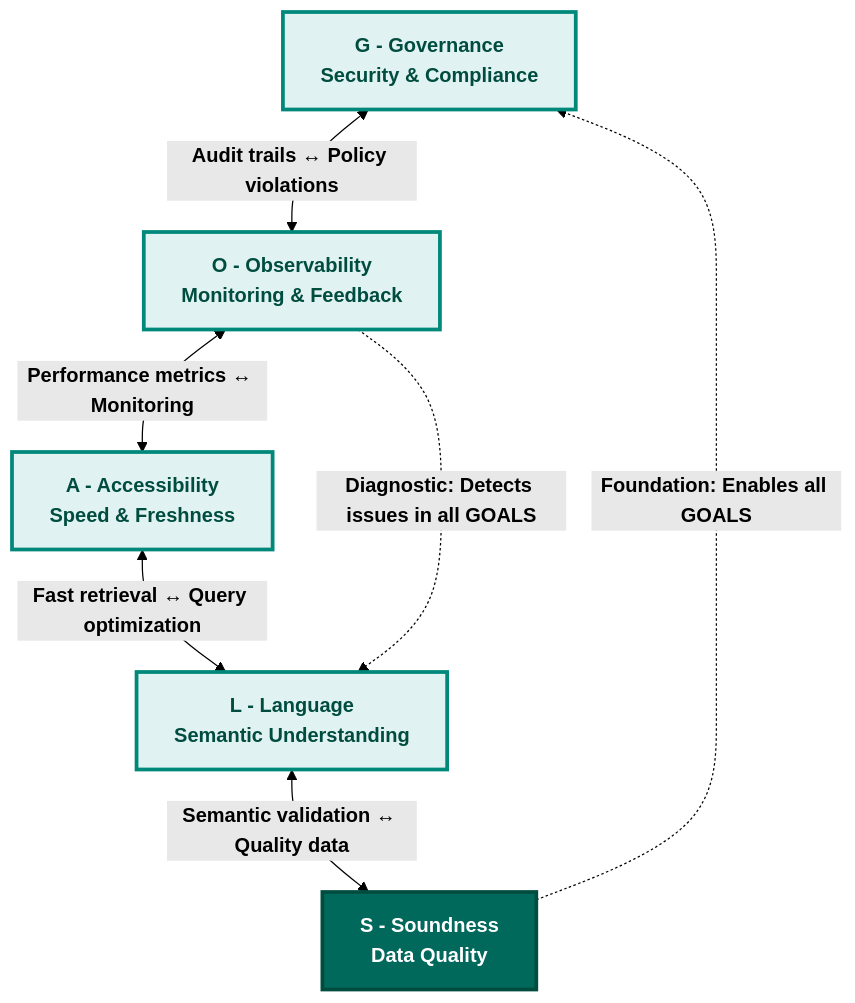
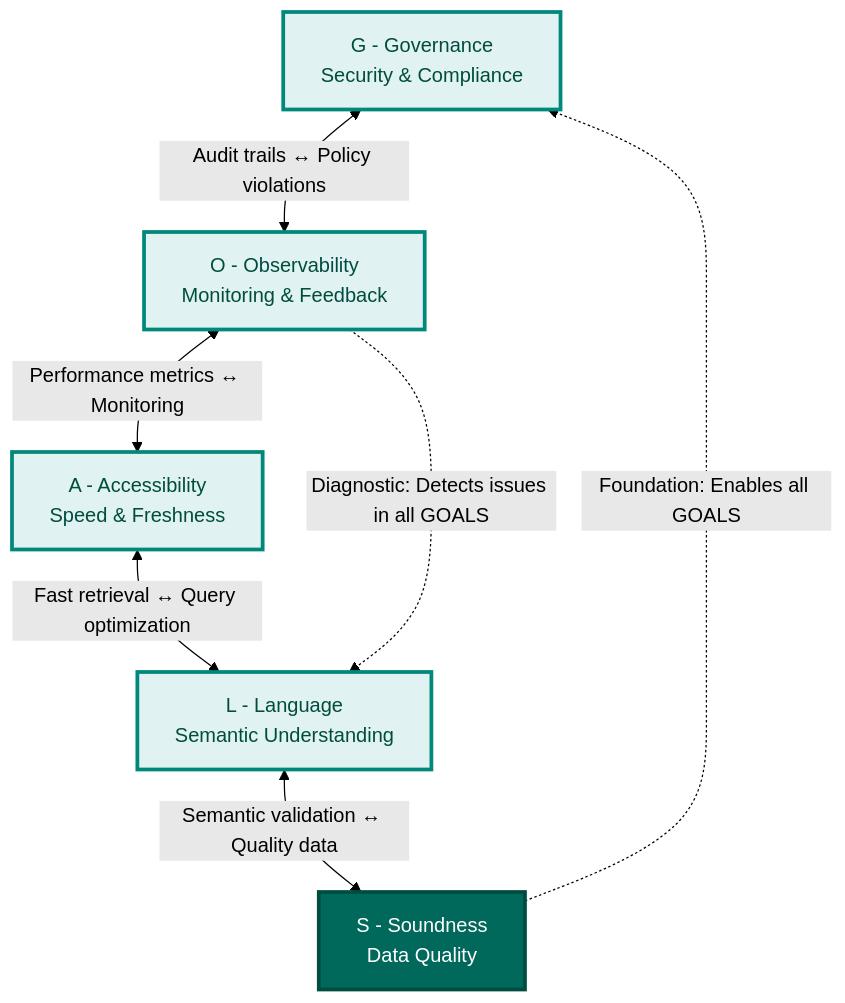
One commit to colaberry/enterprise-data-readiness-ai-agents changed the second of 11 diagrams in chapter-02/chapter_2_complete.md. Above: the diagram before and after it, drawn with Mermaid (forest theme). The commit also changed other lines of this file and 1 other file, not shown here.

First line of the commit message:
sequence diagrams updated with font fixes

````diff
--- a/chapter-02/chapter_2_complete.md
+++ b/chapter-02/chapter_2_complete.md
@@ -154,22 +165,27 @@
 ```mermaid
 graph TB
-    G["<b>G - Governance</b><br/><b>Security & Compliance</b>"]
-    O["<b>O - Observability</b><br/><b>Monitoring & Feedback</b>"]
-    A["<b>A - Accessibility</b><br/><b>Speed & Freshness</b>"]
-    L["<b>L - Language</b><br/><b>Semantic Understanding</b>"]
-    S["<b>S - Soundness</b><br/><b>Data Quality</b>"]
+    G["G - Governance
+    Security & Compliance"]
+    O["O - Observability
+    Monitoring & Feedback"]
+    A["A - Accessibility
+    Speed & Freshness"]
+    L["L - Language
+    Semantic Understanding"]
+    S["S - Soundness
+    Data Quality"]
     
-    G <-->|<b>Audit trails ↔ Policy violations</b>| O
-    O <-->|<b>Performance metrics ↔ Monitoring</b>| A
-    A <-->|<b>Fast retrieval ↔ Query optimization</b>| L
-    L <-->|<b>Semantic validation ↔ Quality data</b>| S
+    G <-->|Audit trails ↔ Policy violations| O
+    O <-->|Performance metrics ↔ Monitoring| A
+    A <-->|Fast retrieval ↔ Query optimization| L
+    L <-->|Semantic validation ↔ Quality data| S
     
-    S -.->|<b>Foundation: Enables all GOALS</b>| G
-    O -.->|<b>Diagnostic: Detects issues in all GOALS</b>| L
+    S -.->|Foundation: Enables all GOALS| G
+    O -.->|Diagnostic: Detects issues in all GOALS| L
     
     style G fill:#e0f2f1,stroke:#00897b,stroke-width:3px,color:#004d40
     style O fill:#e0f2f1,stroke:#00897b,stroke-width:3px,color:#004d40
     style A fill:#e0f2f1,stroke:#00897b,stroke-width:3px,color:#004d40
     style L fill:#e0f2f1,stroke:#00897b,stroke-width:3px,color:#004d40
     style S fill:#00695c,color:#ffffff,stroke:#004d40,stroke-width:3px
 ```
````
